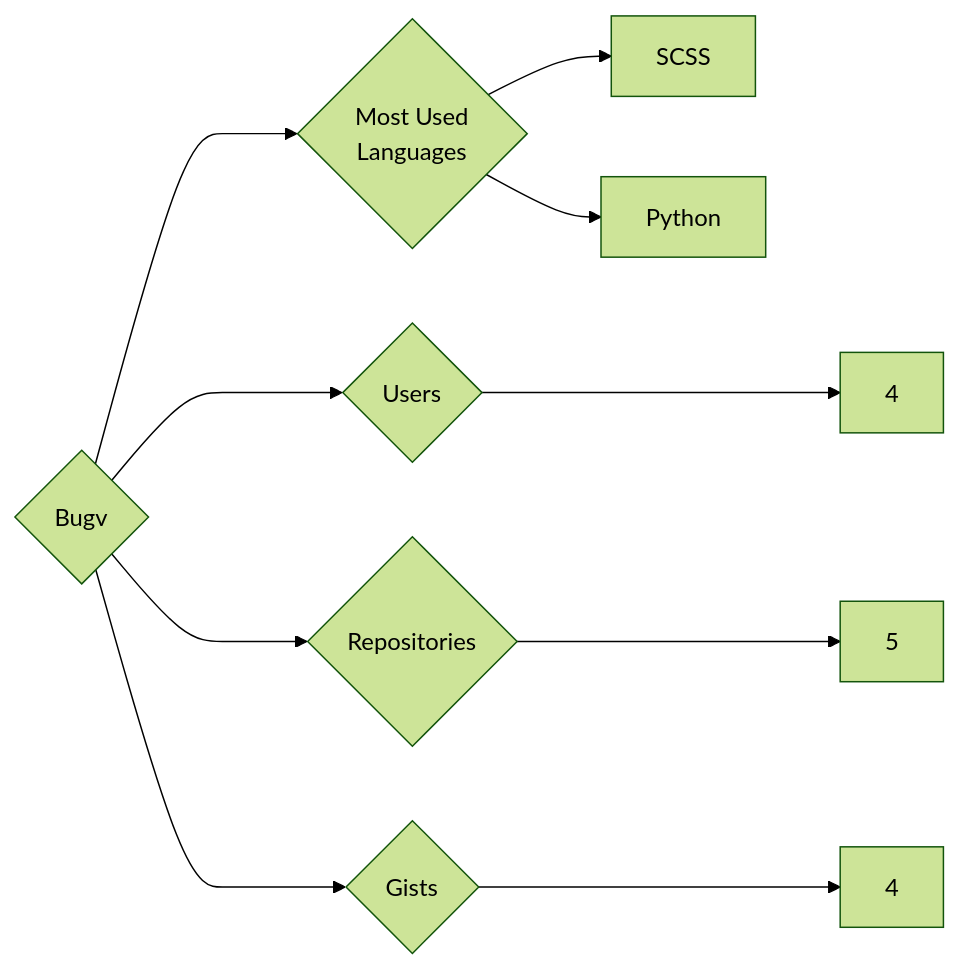
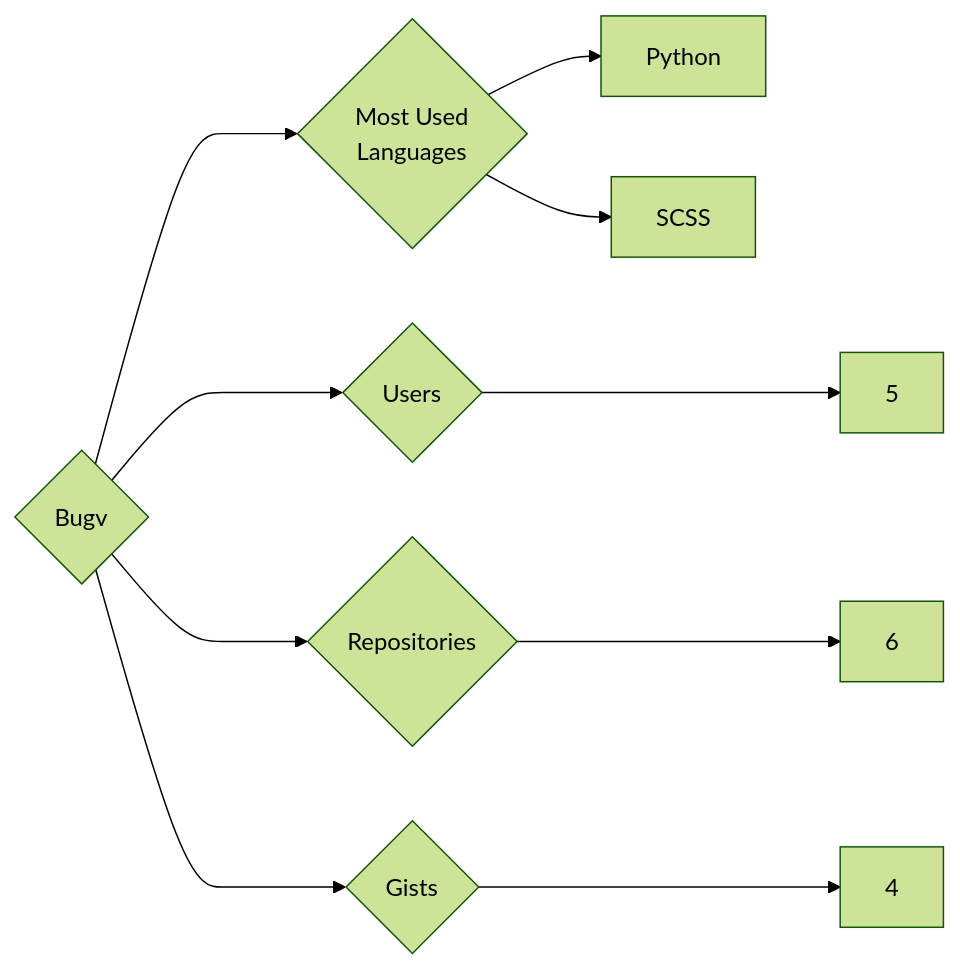
One commit to trickest/insiders changed the diagram in targets/Bugv/README.md. Above: the diagram before and after it, drawn with Mermaid (forest theme). The commit also changed 1195 other files, not shown here.

````diff
--- a/targets/Bugv/README.md
+++ b/targets/Bugv/README.md
@@ -3,10 +3,10 @@
 ```mermaid
 graph LR
 COMPANY_NAME{Bugv}
-COMPANY_NAME ---> U{Users} ---> UN[4]
-COMPANY_NAME ---> R{Repositories} ---> RN[5]
+COMPANY_NAME ---> U{Users} ---> UN[5]
+COMPANY_NAME ---> R{Repositories} ---> RN[6]
 COMPANY_NAME ---> G{Gists} ---> GN[4]
 COMPANY_NAME ---> ML{Most Used<br>Languages}
+ML --> Python[Python]
 ML --> SCSS[SCSS]
-ML --> Python[Python]
 ```
````
